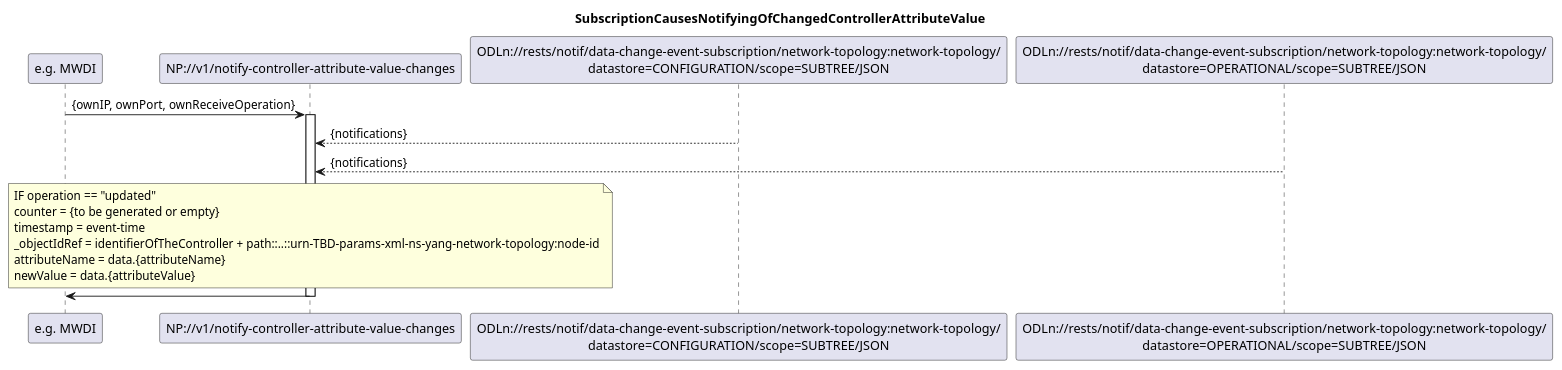
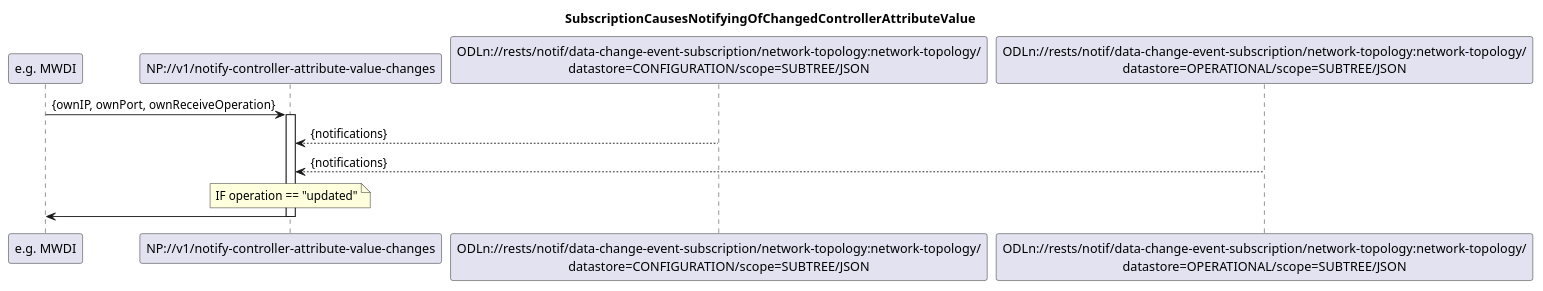
One commit to openBackhaul/NotificationProxy changed the diagram in spec/diagrams/is011_NotifyingOfChangedControllerAttributeValue.plantuml. Above: the diagram before and after it, drawn with PlantUML. The commit also changed 18 other files, not shown here.

Commit message:
Update diagrams

```diff
--- a/spec/diagrams/is011_NotifyingOfChangedControllerAttributeValue.plantuml
+++ b/spec/diagrams/is011_NotifyingOfChangedControllerAttributeValue.plantuml
@@ -1,30 +1,25 @@
 @startuml is011_NotifyingOfChangedControllerAttributeValue
 skinparam responseMessageBelowArrow true
 
 title SubscriptionCausesNotifyingOfChangedControllerAttributeValue
 
 participant "e.g. MWDI" as Subscriber
 participant "NP://v1/notify-controller-attribute-value-changes" as NP_notifyChanges
 participant "ODLn://rests/notif/data-change-event-subscription/network-topology:network-topology/\ndatastore=CONFIGURATION/scope=SUBTREE/JSON" as Configuration
 participant "ODLn://rests/notif/data-change-event-subscription/network-topology:network-topology/\ndatastore=OPERATIONAL/scope=SUBTREE/JSON" as Operational
 
 Subscriber -> NP_notifyChanges: {ownIP, ownPort, ownReceiveOperation}
 activate NP_notifyChanges
 
 Configuration --> NP_notifyChanges: {notifications}
 Operational --> NP_notifyChanges: {notifications}
 
 note over NP_notifyChanges
 IF operation == "updated"
-counter = {to be generated or empty}
-timestamp = event-time
-_objectIdRef = identifierOfTheController + path::..::urn-TBD-params-xml-ns-yang-network-topology:node-id
-attributeName = data.{attributeName}
-newValue = data.{attributeValue}
 end note
 
 Subscriber <- NP_notifyChanges
 
 deactivate NP_notifyChanges
 
 @enduml
```
